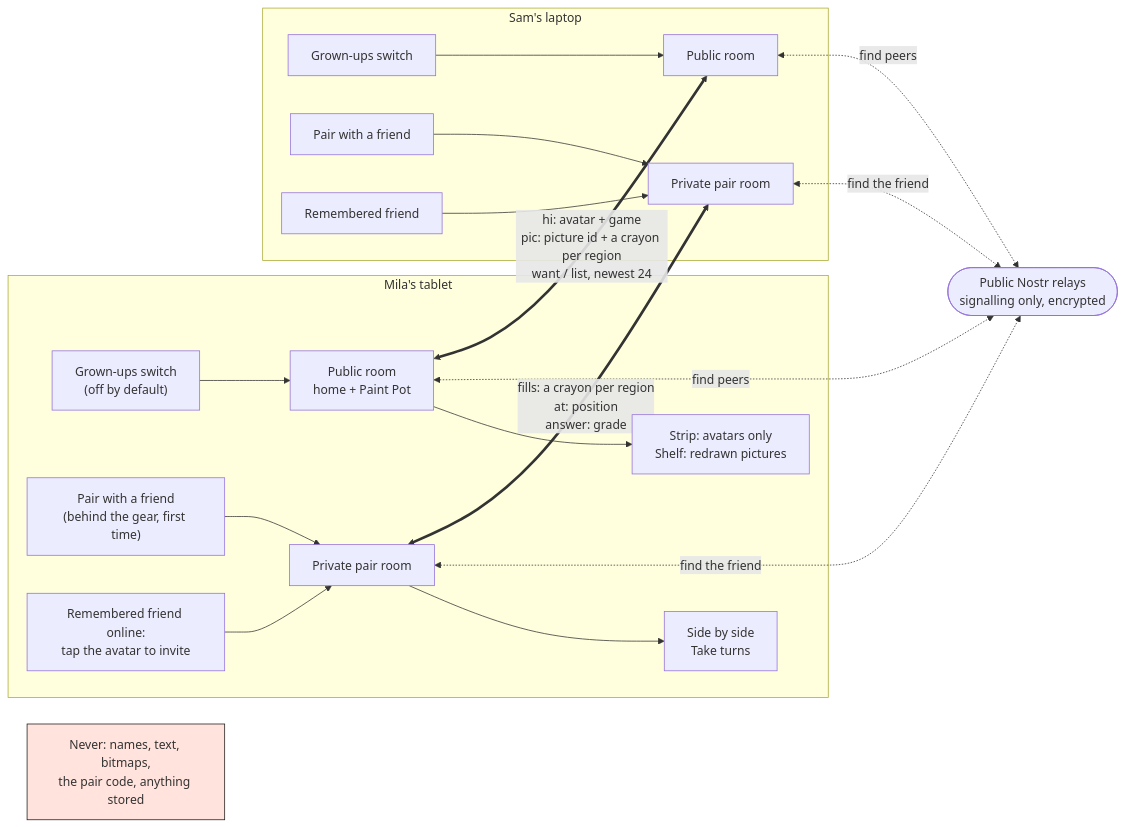
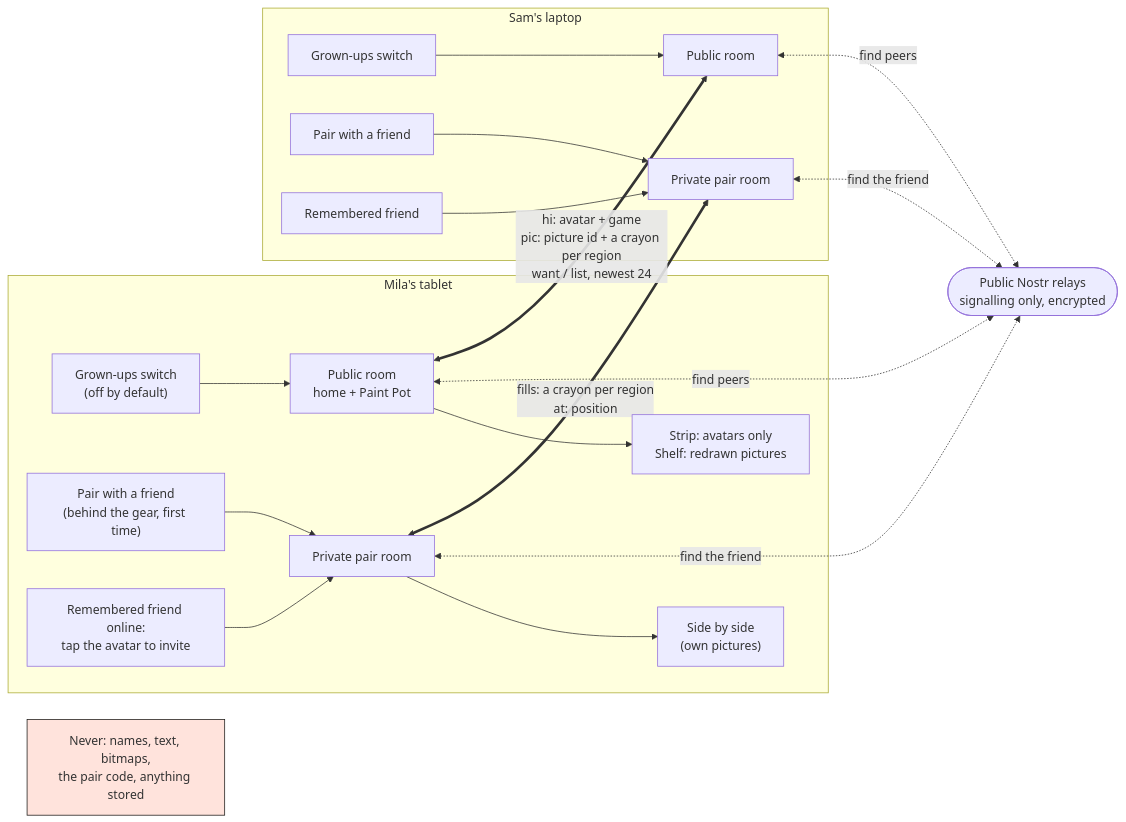
One commit to sarathsp06/gamesforkids changed the first of 2 diagrams in design/presence/index.markdown. Above: the diagram before and after it, drawn with Mermaid. The commit also changed other lines of this file and 1 other file, not shown here.

````diff
--- a/design/presence/index.markdown
+++ b/design/presence/index.markdown
@@ -26,25 +31,25 @@
 ```mermaid
 flowchart LR
   subgraph A["Mila's tablet"]
     SA["Grown-ups switch\n(off by default)"] --> PA["Public room\nhome + Paint Pot"]
     GA["Pair with a friend\n(behind the gear, first time)"] --> QA["Private pair room"]
     FA["Remembered friend online:\ntap the avatar to invite"] --> QA
     PA --> UA["Strip: avatars only\nShelf: redrawn pictures"]
-    QA --> MA["Side by side\nTake turns"]
+    QA --> MA["Side by side\n(own pictures)"]
   end
   subgraph B["Sam's laptop"]
     SB["Grown-ups switch"] --> PB["Public room"]
     GB["Pair with a friend"] --> QB["Private pair room"]
     FB["Remembered friend"] --> QB
   end
   R(["Public Nostr relays\nsignalling only, encrypted"])
   PA <-. "find peers" .-> R
   PB <-. "find peers" .-> R
   QA <-. "find the friend" .-> R
   QB <-. "find the friend" .-> R
   PA <== "hi: avatar + game\npic: picture id + a crayon per region\nwant / list, newest 24" ==> PB
-  QA <== "fills: a crayon per region\nat: position\nanswer: grade" ==> QB
+  QA <== "fills: a crayon per region\nat: position" ==> QB
   X["Never: names, text, bitmaps,\nthe pair code, anything stored"]
   classDef never fill:#FFE3DC,stroke:#1C1B18
   class X never
 ```
````
